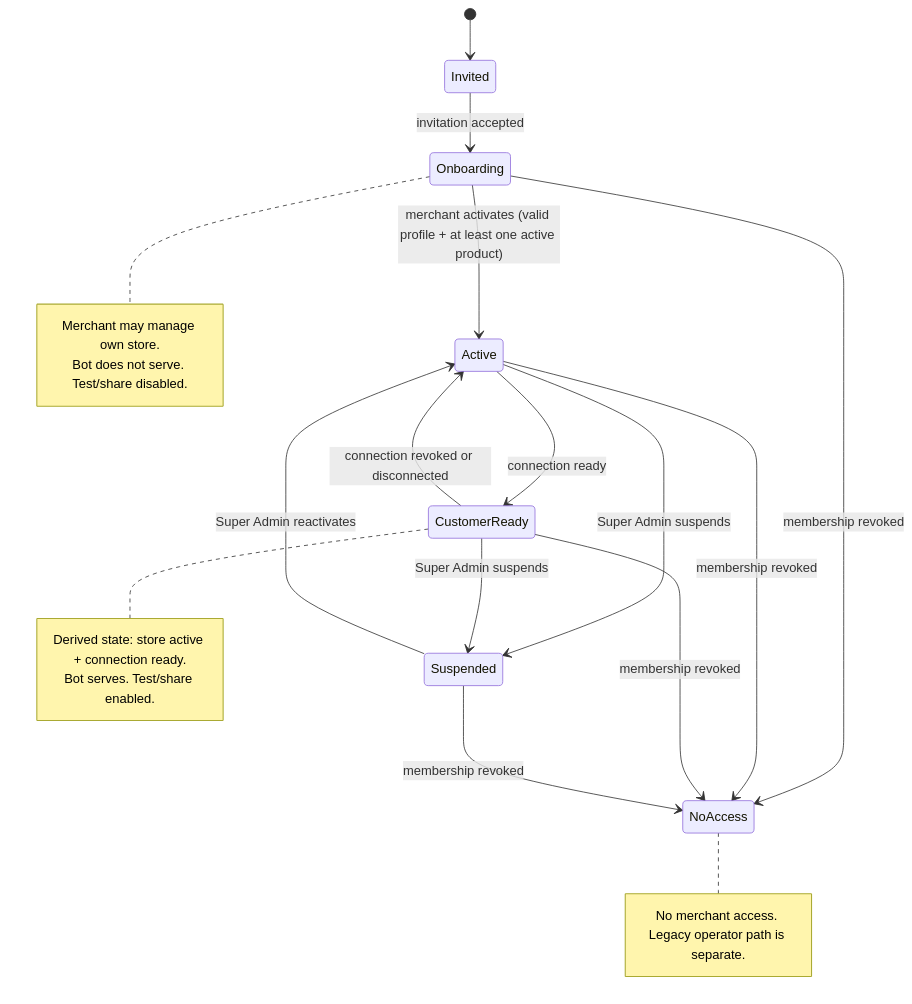
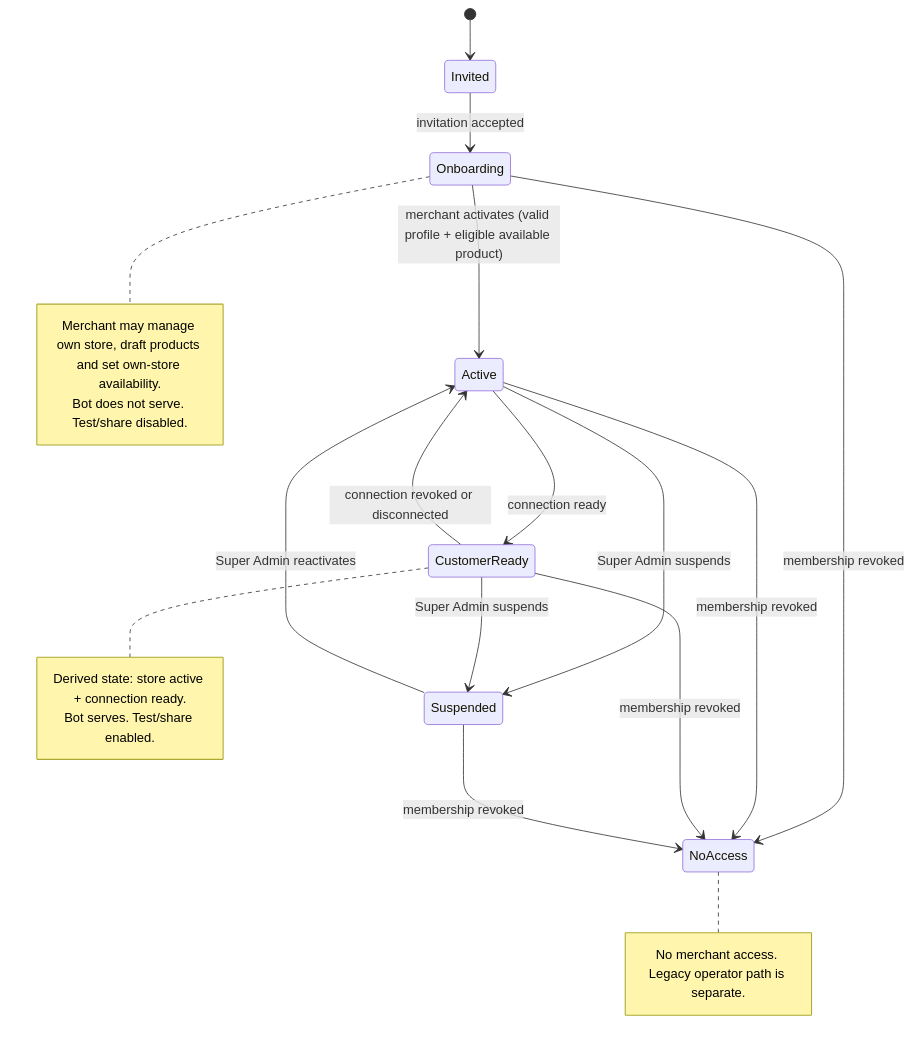
One commit to geekammar/Rabet changed the fourth of 7 diagrams in docs/SAAS_MVP_ARCHITECTURE.md. Above: the diagram before and after it, drawn with Mermaid. The commit also changed other lines of this file and 1 other file, not shown here.

````diff
--- a/docs/SAAS_MVP_ARCHITECTURE.md
+++ b/docs/SAAS_MVP_ARCHITECTURE.md
@@ -438,27 +444,27 @@
 ```mermaid
 stateDiagram-v2
   [*] --> Invited
   Invited --> Onboarding: invitation accepted
-  Onboarding --> Active: merchant activates (valid profile + at least one active product)
+  Onboarding --> Active: merchant activates (valid profile + eligible available product)
   Active --> CustomerReady: connection ready
   CustomerReady --> Active: connection revoked or disconnected
   Active --> Suspended: Super Admin suspends
   CustomerReady --> Suspended: Super Admin suspends
   Suspended --> Active: Super Admin reactivates
   Onboarding --> NoAccess: membership revoked
   Active --> NoAccess: membership revoked
   CustomerReady --> NoAccess: membership revoked
   Suspended --> NoAccess: membership revoked
 
   note right of Onboarding
-    Merchant may manage own store.
+    Merchant may manage own store, draft products and set own-store availability.
     Bot does not serve. Test/share disabled.
   end note
   note right of CustomerReady
     Derived state: store active + connection ready.
     Bot serves. Test/share enabled.
   end note
   note right of NoAccess
     No merchant access. Legacy operator path is separate.
   end note
 ```
````
